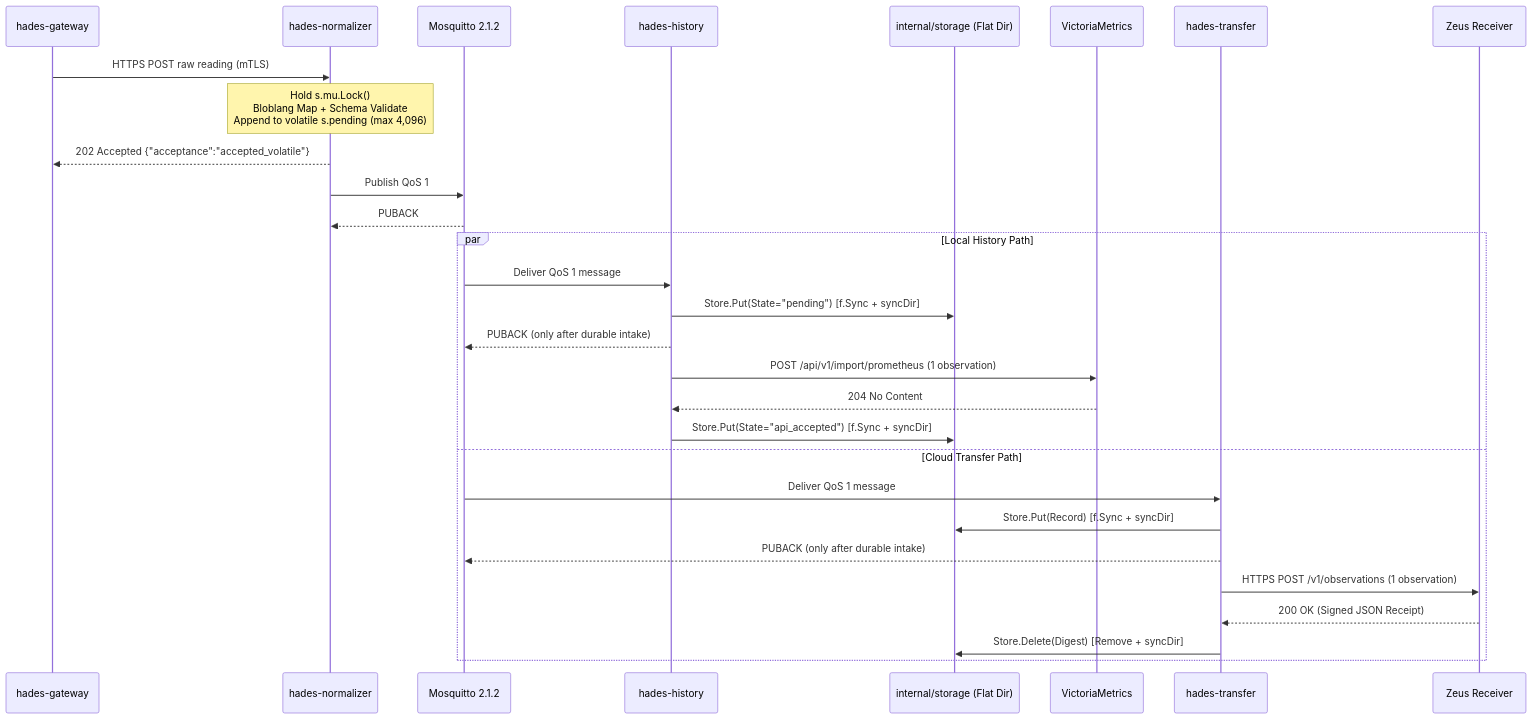
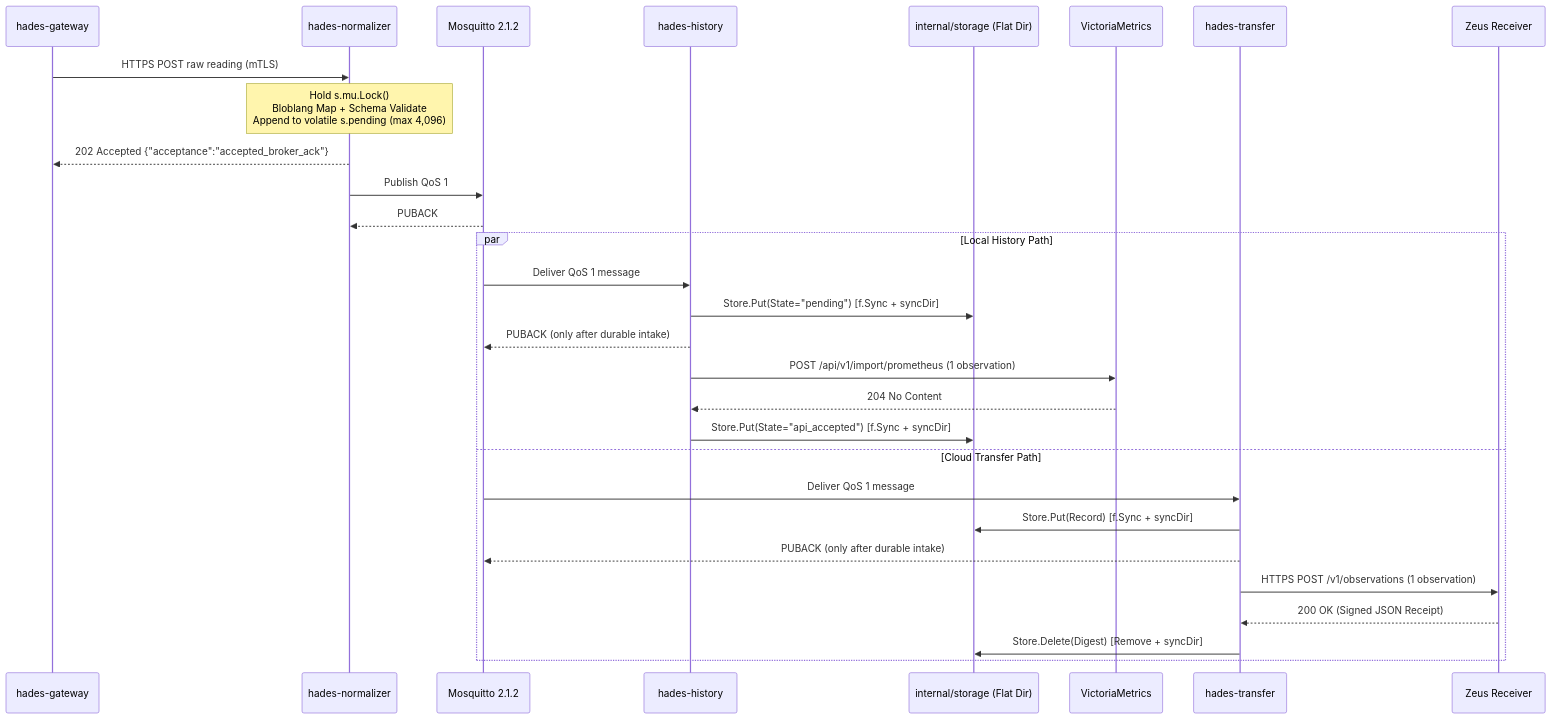
One commit to openump/Hades changed the second of 8 diagrams in docs/architecture-design-specification.md. Above: the diagram before and after it, drawn with Mermaid. The commit also changed other lines of this file and 7 other files, not shown here.

````diff
--- a/docs/architecture-design-specification.md
+++ b/docs/architecture-design-specification.md
@@ -116,32 +116,32 @@
 ```mermaid
 sequenceDiagram
     participant GW as hades-gateway
     participant NORM as hades-normalizer
     participant MQTT as Mosquitto 2.1.2
     participant HIST as hades-history
     participant DISK as internal/storage (Flat Dir)
     participant VM as VictoriaMetrics
     participant XFER as hades-transfer
     participant ZEUS as Zeus Receiver
 
     GW->>NORM: HTTPS POST raw reading (mTLS)
     Note over NORM: Hold s.mu.Lock()<br/>Bloblang Map + Schema Validate<br/>Append to volatile s.pending (max 4,096)
-    NORM-->>GW: 202 Accepted {"acceptance":"accepted_volatile"}
+    NORM-->>GW: 202 Accepted {"acceptance":"accepted_broker_ack"}
     NORM->>MQTT: Publish QoS 1
     MQTT-->>NORM: PUBACK
     par Local History Path
         MQTT->>HIST: Deliver QoS 1 message
         HIST->>DISK: Store.Put(State="pending") [f.Sync + syncDir]
         HIST-->>MQTT: PUBACK (only after durable intake)
         HIST->>VM: POST /api/v1/import/prometheus (1 observation)
         VM-->>HIST: 204 No Content
         HIST->>DISK: Store.Put(State="api_accepted") [f.Sync + syncDir]
     and Cloud Transfer Path
         MQTT->>XFER: Deliver QoS 1 message
         XFER->>DISK: Store.Put(Record) [f.Sync + syncDir]
         XFER-->>MQTT: PUBACK (only after durable intake)
         XFER->>ZEUS: HTTPS POST /v1/observations (1 observation)
         ZEUS-->>XFER: 200 OK (Signed JSON Receipt)
         XFER->>DISK: Store.Delete(Digest) [Remove + syncDir]
     end
 ```
````
